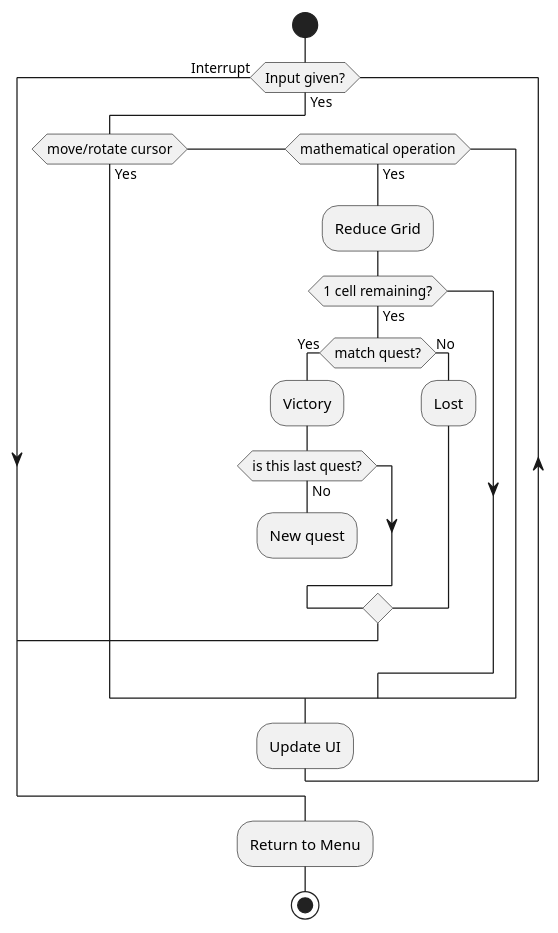
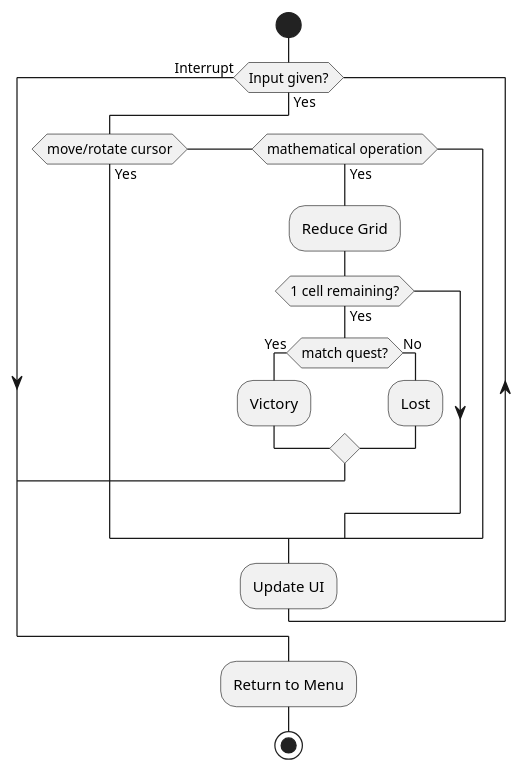
The diagram in src/doc/activity-diagram(quest).wsd (AntoninoRando/Grid-Quest), drawn with PlantUML before and after one commit. The commit also changed 8 other files, not shown here.

Commit message:
refactor: Update software diagrams

```diff
--- a/src/doc/activity-diagram(quest).wsd
+++ b/src/doc/activity-diagram(quest).wsd
@@ -1,31 +1,27 @@
 @startuml questactivity
 
 skinparam ArrowHeadColor none
 
 start
 
 while (Input given?) is (Yes)  
     if (move/rotate cursor) then (Yes)
     elseif (mathematical operation) then (Yes)
         :Reduce Grid;
 
         if (1 cell remaining?) then (Yes)
             if (match quest?) then (Yes)
                 :Victory;
-                if (is this last quest?) then (No)
-                    :New quest;
-                    detach
-                endif
             else (No)
                 :Lost;
             endif
             break
         endif
     endif
     :Update UI;
 endwhile (Interrupt)
 :Return to Menu;
 
 stop
 
 @enduml
```
